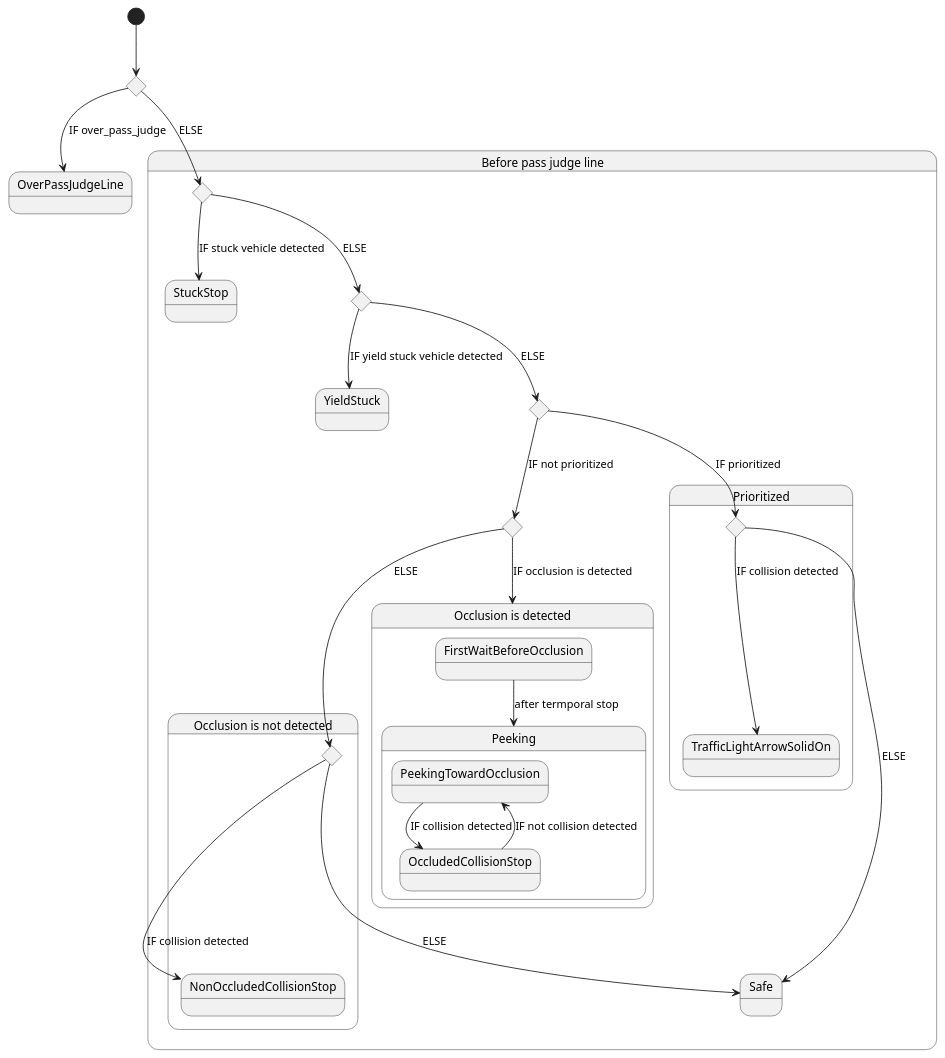
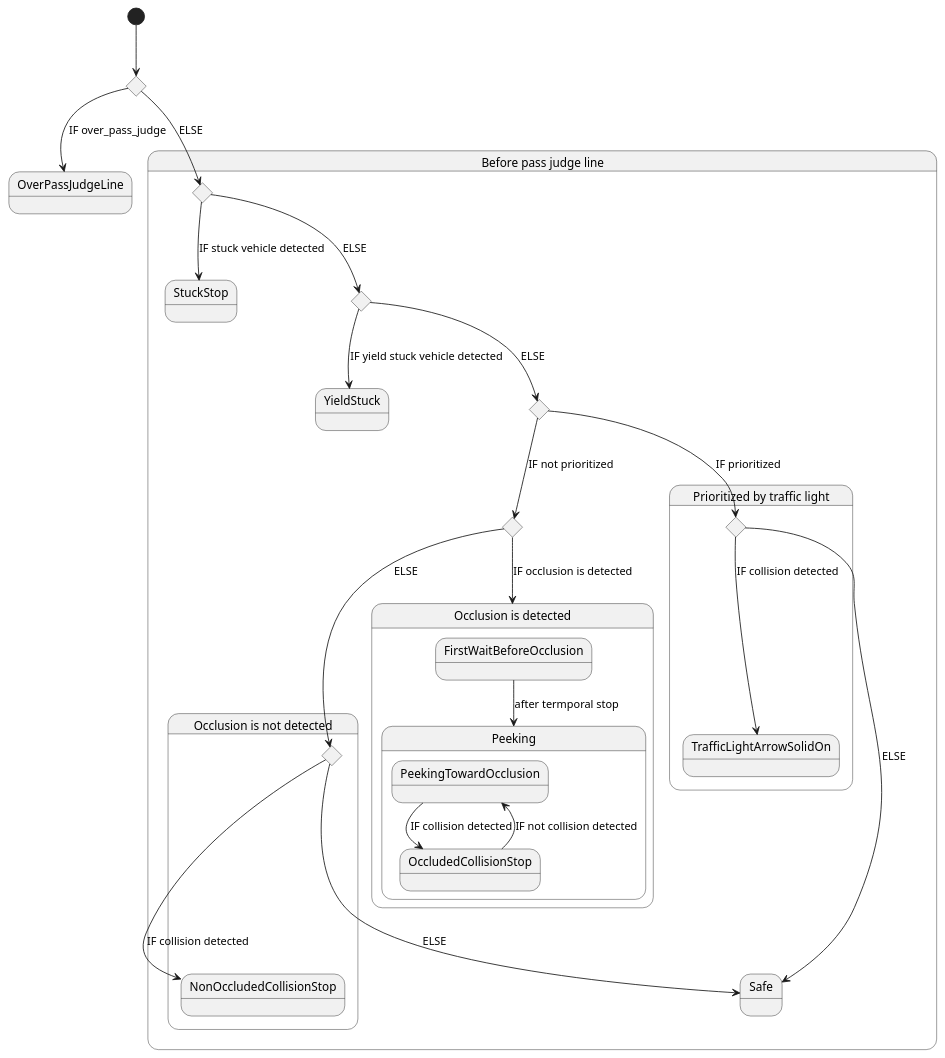
Before and after one commit to autowarefoundation/autoware.universe: the first of 5 diagrams in planning/behavior_velocity_intersection_module/README.md, drawn with PlantUML. The commit also changed other lines of this file and 3 other files, not shown here.

````diff
--- a/planning/behavior_velocity_intersection_module/README.md
+++ b/planning/behavior_velocity_intersection_module/README.md
@@ -82,57 +123,57 @@
 ```plantuml
 @startuml
 
 state begin <<choice>>
 [*] --> begin
 begin --> OverPassJudgeLine: IF over_pass_judge
 
 state "Before pass judge line" as NotOverPassJudgeLine {
 state check_stuck <<choice>>
 begin --> check_stuck: ELSE
 
 check_stuck --> StuckStop: IF stuck vehicle detected
 
 state check_yield_stuck <<choice>>
 check_stuck --> check_yield_stuck: ELSE
 check_yield_stuck --> YieldStuck: IF yield stuck vehicle detected
 
 state check_tl_priority <<choice>>
 check_yield_stuck --> check_tl_priority: ELSE
 
 state check_occlusion <<choice>>
 check_tl_priority --> check_occlusion: IF not prioritized
 
 state Safe
-State Prioritized {
+State "Prioritized by traffic light" as Prioritized {
 state check_collision_prioritized <<choice>>
 check_tl_priority --> check_collision_prioritized: IF prioritized
 State TrafficLightArrowSolidOn
 check_collision_prioritized --> TrafficLightArrowSolidOn: IF collision detected
 check_collision_prioritized --> Safe: ELSE
 }
 
 check_occlusion --> Occlusion: IF occlusion is detected
 
 State "Occlusion is not detected" as NoOcclusion {
 state check_collision <<choice>>
 check_occlusion --> check_collision: ELSE
 State NonOccludedCollisionStop
 check_collision --> Safe: ELSE
 check_collision --> NonOccludedCollisionStop: IF collision detected
 }
 
 State "Occlusion is detected" as Occlusion {
 state FirstWaitBeforeOcclusion
 FirstWaitBeforeOcclusion --> Peeking: after termporal stop
 state Peeking {
 State PeekingTowardOcclusion
 State OccludedCollisionStop
 PeekingTowardOcclusion --> OccludedCollisionStop : IF collision detected
 OccludedCollisionStop --> PeekingTowardOcclusion: IF not collision detected
 }
 }
 
 }
 
 @enduml
 ```
````
